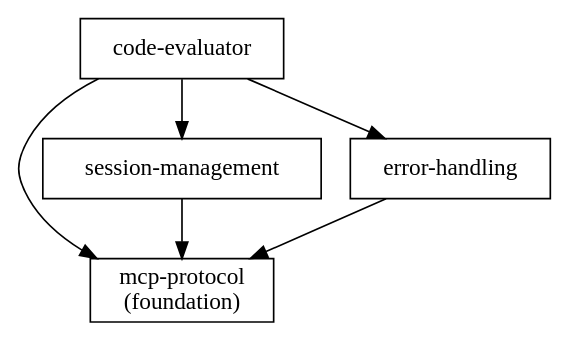
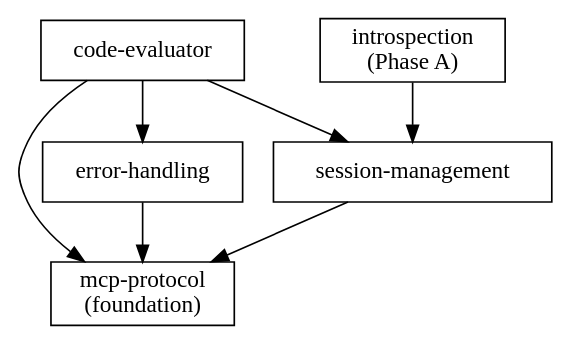
Before and after one commit to quasi/cl-mcp-server: the diagram in canon/features/INDEX.md, drawn with Graphviz. The commit also changed other lines of this file and 19 other files, not shown here.

First line of the commit message:
feat: Phase A introspection tools with Canon documentation

````diff
--- a/canon/features/INDEX.md
+++ b/canon/features/INDEX.md
@@ -137,17 +180,19 @@
 ```dot
 digraph FeatureDependencies {
     rankdir=TB;
     node [shape=box];
 
     mcp [label="mcp-protocol\n(foundation)"];
     evaluator [label="code-evaluator"];
     session [label="session-management"];
     errors [label="error-handling"];
+    introspection [label="introspection\n(Phase A)"];
 
     evaluator -> mcp;
     evaluator -> session;
     evaluator -> errors;
     session -> mcp;
     errors -> mcp;
+    introspection -> session;
 }
 ```
````
